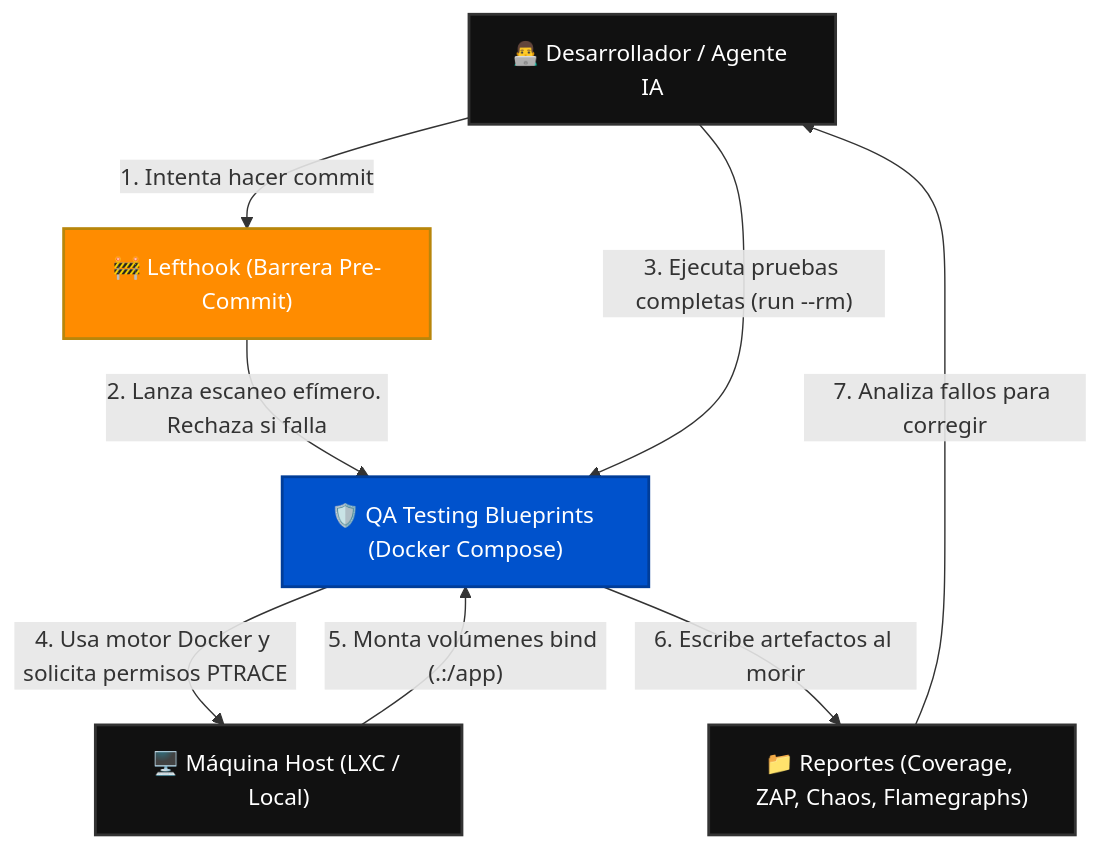
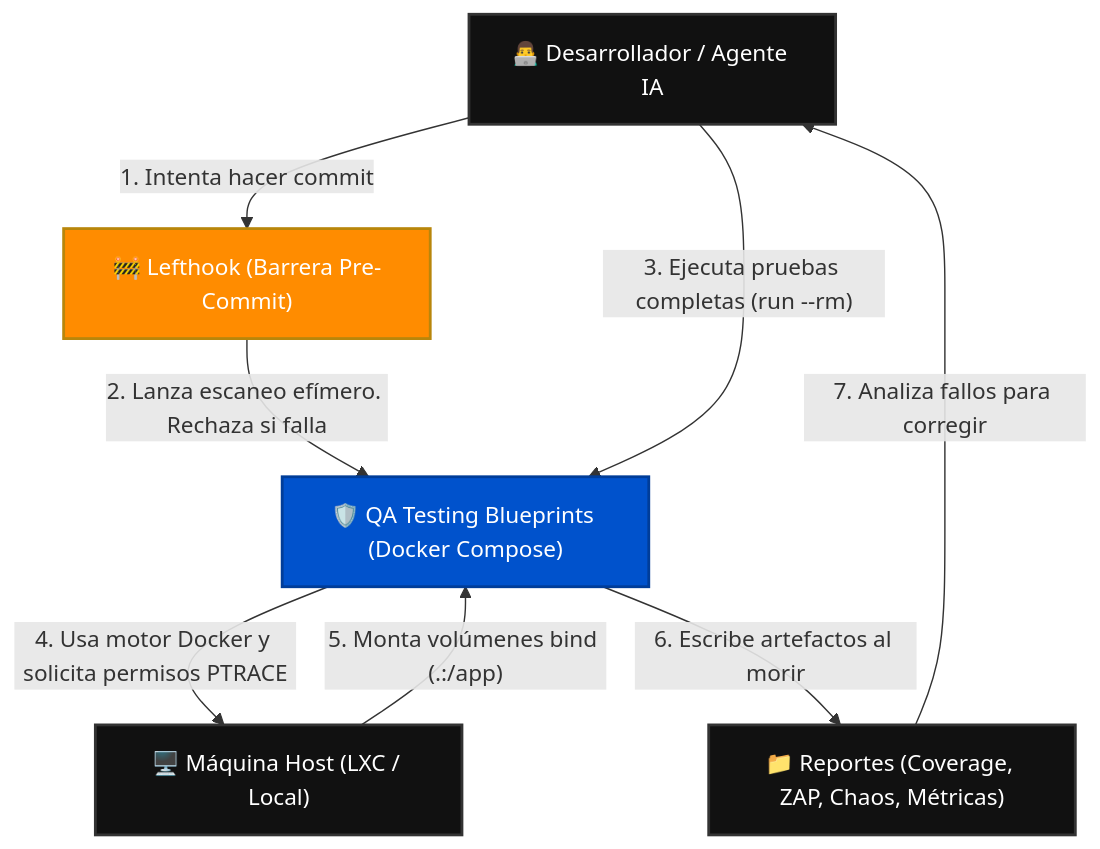
The first of 3 diagrams in docs/ARCHITECTURE_C4.md (tecno-consultores/qa-testing-blueprints), drawn with Mermaid before and after one commit. The commit also changed other lines of this file, not shown here.

Commit message:
Update architecture document with new security layers

````diff
--- a/docs/ARCHITECTURE_C4.md
+++ b/docs/ARCHITECTURE_C4.md
@@ -10,24 +10,24 @@
 ```mermaid
 graph TD
     %% Entidades
     Dev["👨‍💻 Desarrollador / Agente IA"]
     Hook["🚧 Lefthook (Barrera Pre-Commit)"]
     QA["🛡️ QA Testing Blueprints (Docker Compose)"]
     Host["🖥️ Máquina Host (LXC / Local)"]
-    Reports["📁 Reportes (Coverage, ZAP, Chaos, Flamegraphs)"]
+    Reports["📁 Reportes (Coverage, ZAP, Chaos, Métricas)"]
 
-    %% Relaciones (sintaxis robusta con comillas dobles)
+    %% Relaciones
     Dev -- "1. Intenta hacer commit" --> Hook
     Hook -- "2. Lanza escaneo efímero. Rechaza si falla" --> QA
     Dev -- "3. Ejecuta pruebas completas (run --rm)" --> QA
     QA -- "4. Usa motor Docker y solicita permisos PTRACE" --> Host
     Host -- "5. Monta volúmenes bind (.:/app)" --> QA
     QA -- "6. Escribe artefactos al morir" --> Reports
     Reports -- "7. Analiza fallos para corregir" --> Dev
 
     classDef default fill:#111,stroke:#333,stroke-width:2px,color:#fff;
     classDef highlight fill:#0052cc,stroke:#003d99,stroke-width:2px,color:#fff;
     classDef barrier fill:#ff8c00,stroke:#b8860b,stroke-width:2px,color:#fff;
     class QA highlight;
     class Hook barrier;
 ```
````
